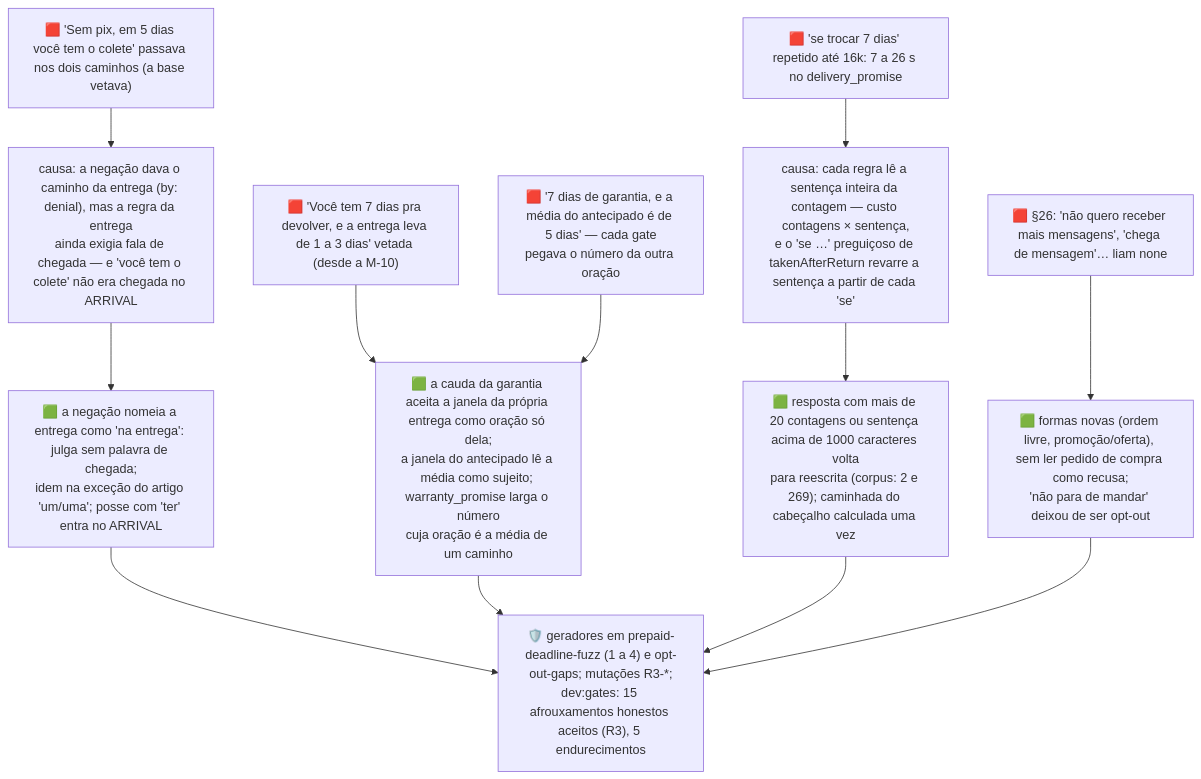
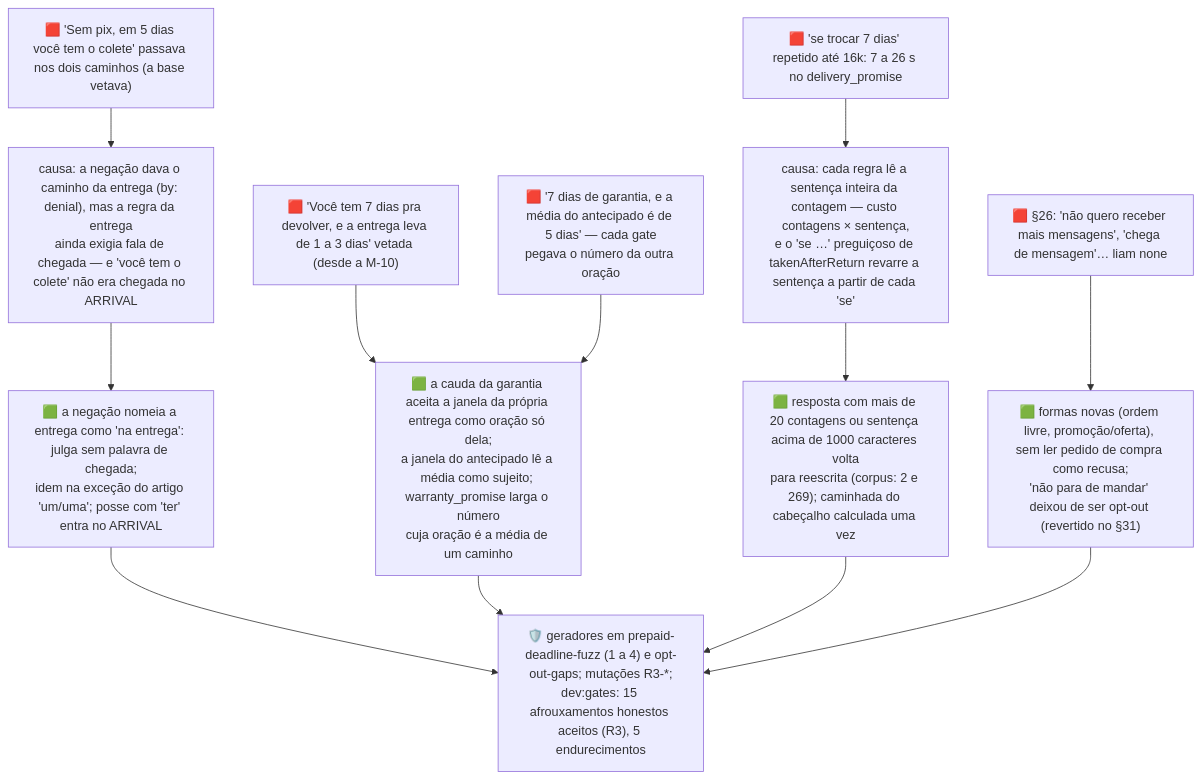
Before and after one commit to rodrigovaroto-wq/Ricos-com-AI: diagram 25 of 28 in docs/documentacao/decisoes/04-grafo-de-decisoes.md, drawn with Mermaid. The commit also changed other lines of this file and 6 other files, not shown here.

````diff
--- a/docs/documentacao/decisoes/04-grafo-de-decisoes.md
+++ b/docs/documentacao/decisoes/04-grafo-de-decisoes.md
@@ -756,20 +756,20 @@
 ```mermaid
 flowchart TD
   S1["🟥 'Sem pix, em 5 dias você tem o colete' passava nos dois caminhos (a base vetava)"]
   K1["causa: a negação dava o caminho da entrega (by: denial), mas a regra da entrega<br/>ainda exigia fala de chegada — e 'você tem o colete' não era chegada no ARRIVAL"]
   C1["🟩 a negação nomeia a entrega como 'na entrega': julga sem palavra de chegada;<br/>idem na exceção do artigo 'um/uma'; posse com 'ter' entra no ARRIVAL"]
   S2["🟥 'Você tem 7 dias pra devolver, e a entrega leva de 1 a 3 dias' vetada (desde a M-10)"]
   S3["🟥 '7 dias de garantia, e a média do antecipado é de 5 dias' — cada gate<br/>pegava o número da outra oração"]
   C2["🟩 a cauda da garantia aceita a janela da própria entrega como oração só dela;<br/>a janela do antecipado lê a média como sujeito; warranty_promise larga o número<br/>cuja oração é a média de um caminho"]
   P["🟥 'se trocar 7 dias' repetido até 16k: 7 a 26 s no delivery_promise"]
   KP["causa: cada regra lê a sentença inteira da contagem — custo contagens × sentença,<br/>e o 'se …' preguiçoso de takenAfterReturn revarre a sentença a partir de cada 'se'"]
   CP["🟩 resposta com mais de 20 contagens ou sentença acima de 1000 caracteres volta<br/>para reescrita (corpus: 2 e 269); caminhada do cabeçalho calculada uma vez"]
   O["🟥 §26: 'não quero receber mais mensagens', 'chega de mensagem'… liam none"]
-  CO["🟩 formas novas (ordem livre, promoção/oferta), sem ler pedido de compra como recusa;<br/>'não para de mandar' deixou de ser opt-out"]
+  CO["🟩 formas novas (ordem livre, promoção/oferta), sem ler pedido de compra como recusa;<br/>'não para de mandar' deixou de ser opt-out (revertido no §31)"]
   G["🛡️ geradores em prepaid-deadline-fuzz (1 a 4) e opt-out-gaps; mutações R3-*;<br/>dev:gates: 15 afrouxamentos honestos aceitos (R3), 5 endurecimentos"]
   S1 --> K1 --> C1 --> G
   S2 --> C2
   S3 --> C2 --> G
   P --> KP --> CP --> G
   O --> CO --> G
 ```
````
